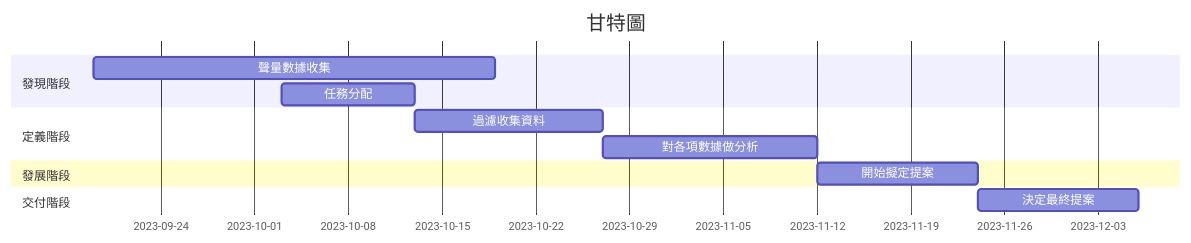
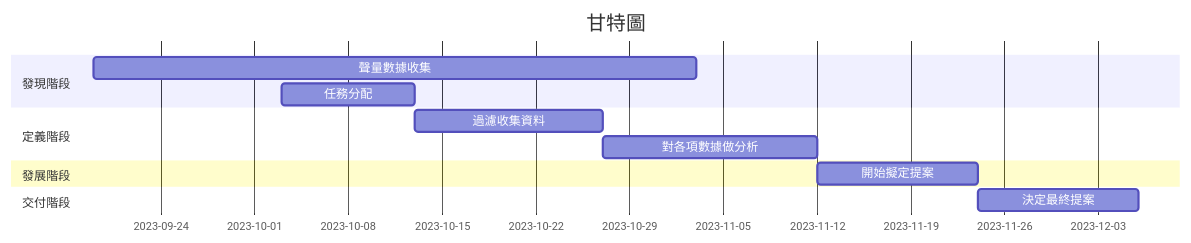
Before and after one commit to jacklin92/C110118220_hw2.md: the diagram in hw2.md, drawn with Mermaid.

````diff
--- a/hw2.md
+++ b/hw2.md
@@ -4,16 +4,16 @@
 ```mermaid
 gantt
     title 甘特圖
 
     section 發現階段
-    聲量數據收集:a1,2023-09-19, 30d
+    聲量數據收集:a1,2023-09-19, 45d
     任務分配:a2,2023-10-03,10d
     section 定義階段
     過濾收集資料:a3,after a2, 14d
     對各項數據做分析:a4,after a3, 16d
     section 發展階段
     開始擬定提案:a5,after a4,12d
     section 交付階段
     決定最終提案:a6,after a5,12d
     
 ```
````
